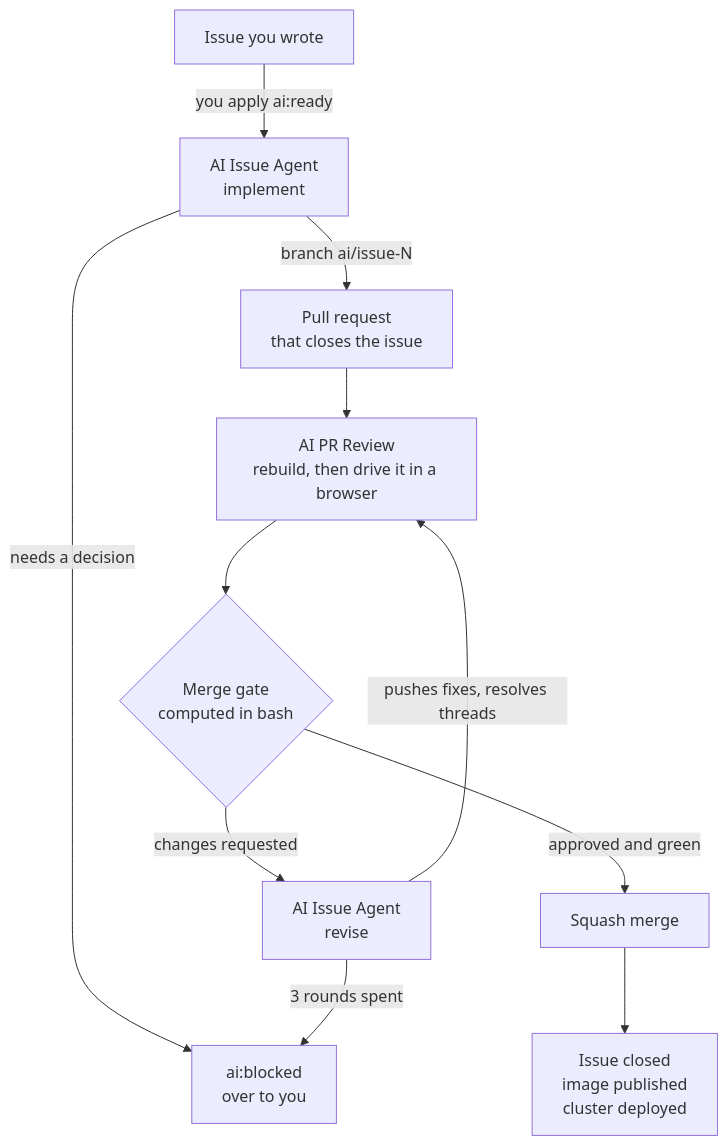
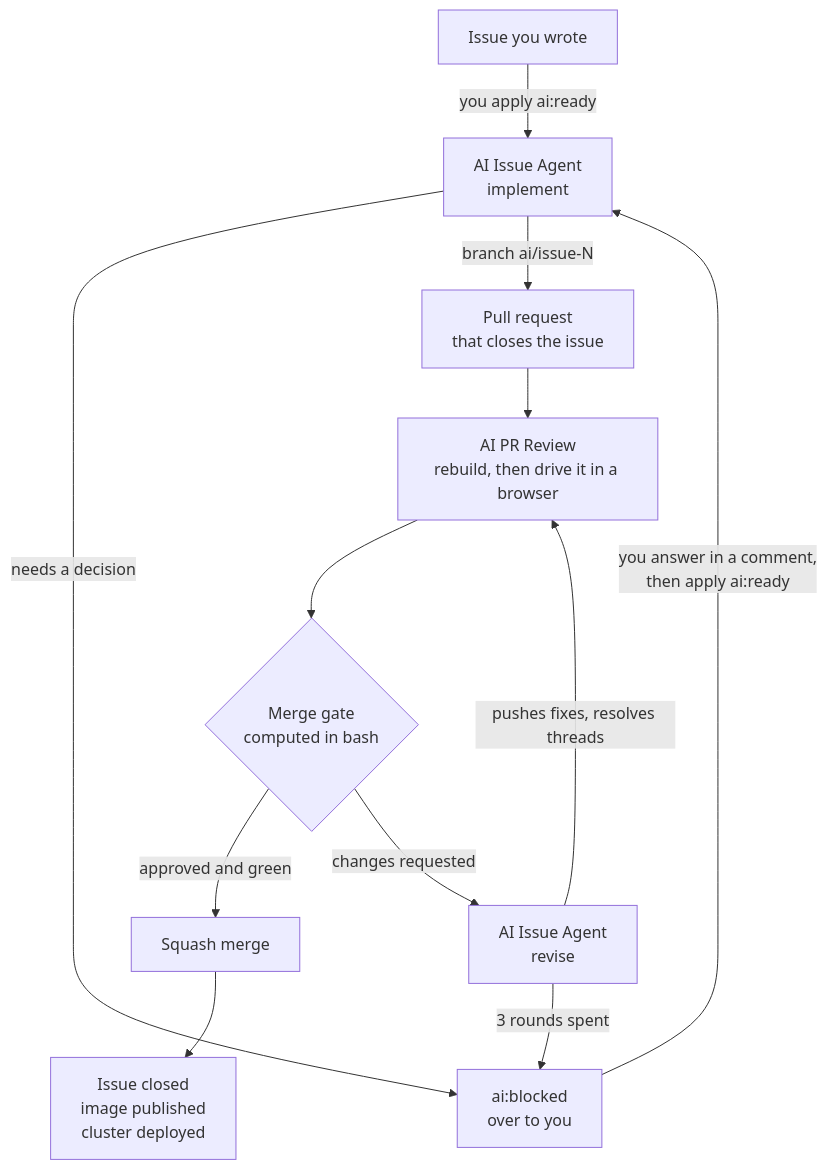
Before and after one commit to kalpak44/proklinator-app: the diagram in README.md, drawn with Mermaid. The commit also changed other lines of this file, not shown here.

````diff
--- a/README.md
+++ b/README.md
@@ -200,18 +200,20 @@
 ```mermaid
 flowchart TD
     ISSUE["Issue you wrote"] -->|you apply ai:ready| IMPL["AI Issue Agent<br/>implement"]
 
     IMPL -->|needs a decision| BLOCK["ai:blocked<br/>over to you"]
     IMPL -->|branch ai/issue-N| PR["Pull request<br/>that closes the issue"]
 
     PR --> REV["AI PR Review<br/>rebuild, then drive it in a browser"]
     REV --> GATE{"Merge gate<br/>computed in bash"}
 
     GATE -->|approved and green| MERGE["Squash merge"]
     GATE -->|changes requested| FIX["AI Issue Agent<br/>revise"]
 
     FIX -->|pushes fixes, resolves threads| REV
     FIX -->|3 rounds spent| BLOCK
 
+    BLOCK -->|you answer in a comment,<br/>then apply ai:ready| IMPL
+
     MERGE --> DONE["Issue closed<br/>image published<br/>cluster deployed"]
 ```
````
